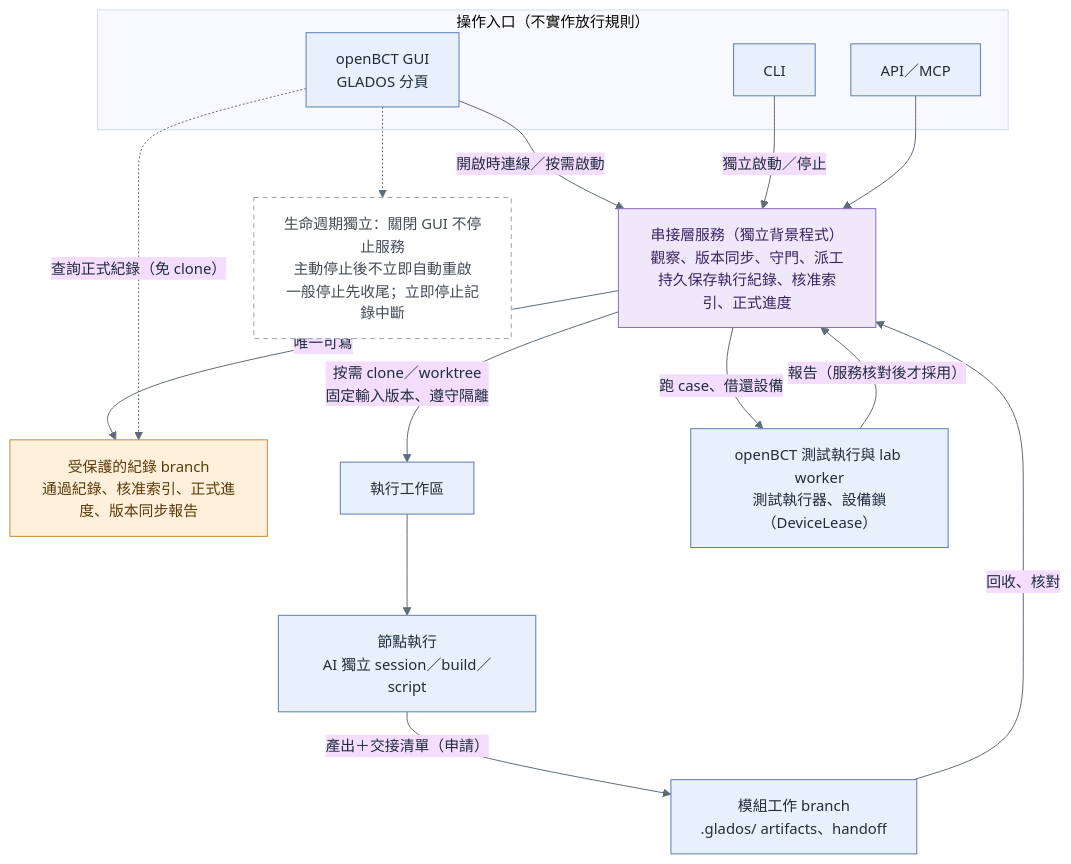
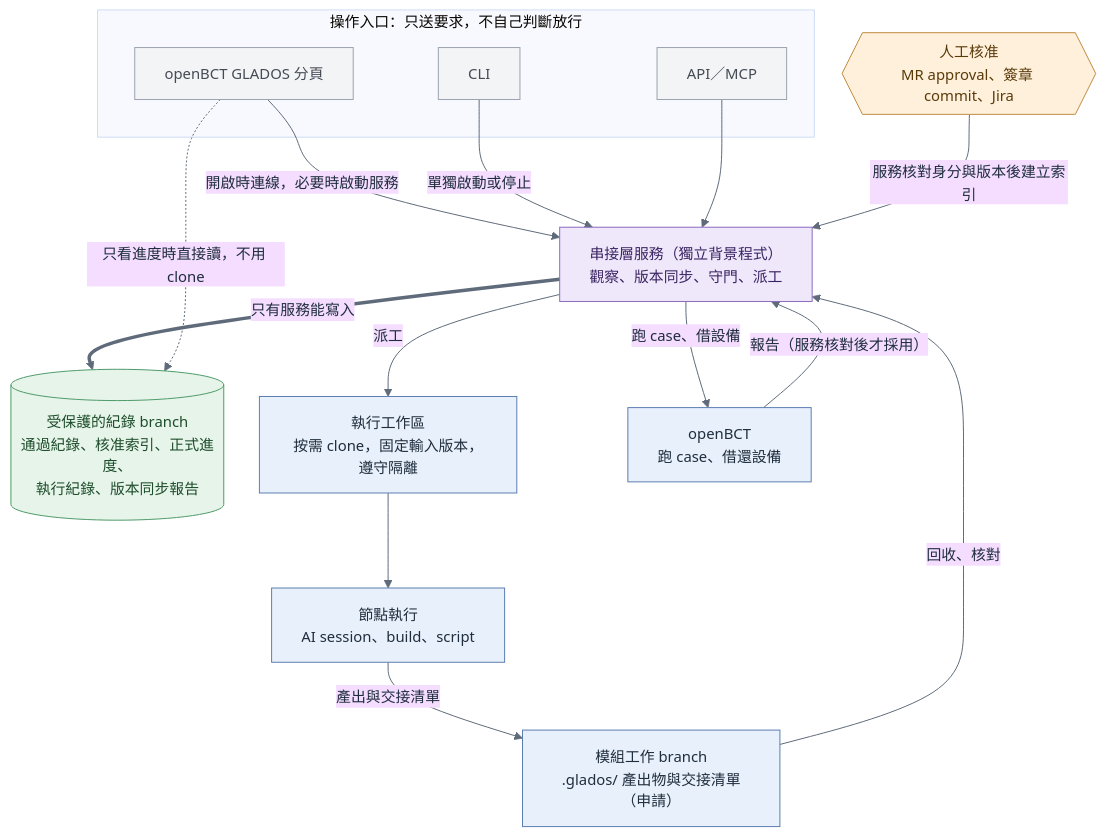
The diagram in diagrams/glados_service_architecture.mmd (kevintsou/glados), drawn with Mermaid before and after one commit. The commit also changed 16 other files, not shown here.

First line of the commit message:
docs: redraw all GLADOS diagrams and align them with the spec text

```diff
--- a/diagrams/glados_service_architecture.mmd
+++ b/diagrams/glados_service_architecture.mmd
@@ -1,25 +1,29 @@
 %%{init: {"theme":"base","themeVariables":{"fontSize":"15px","lineColor":"#5F6B7A","primaryTextColor":"#1F2D3D"},"flowchart":{"curve":"basis","nodeSpacing":36,"rankSpacing":46,"htmlLabels":true}}}%%
 flowchart TD
-  subgraph ENTRY["操作入口（不實作放行規則）"]
-    GUI["openBCT GUI<br/>GLADOS 分頁"]:::exec
-    CLI["CLI"]:::exec
-    API["API／MCP"]:::exec
+  subgraph ENTRY["操作入口：只送要求，不自己判斷放行"]
+    GUI["openBCT GLADOS 分頁"]:::ext
+    CLI["CLI"]:::ext
+    API["API／MCP"]:::ext
   end
-  GUI -->|"開啟時連線／按需啟動"| SVC
-  CLI -->|"獨立啟動／停止"| SVC
+  SVC["串接層服務（獨立背景程式）<br/>觀察、版本同步、守門、派工"]:::route
+  REC[("受保護的紀錄 branch<br/>通過紀錄、核准索引、正式進度、<br/>執行紀錄、版本同步報告")]:::store
+  APPR{{"人工核准<br/>MR approval、簽章 commit、Jira"}}:::human
+  WS["執行工作區<br/>按需 clone，固定輸入版本，遵守隔離"]:::exec
+  NODE["節點執行<br/>AI session、build、script"]:::exec
+  BR["模組工作 branch<br/>.glados/ 產出物與交接清單（申請）"]:::exec
+  OB["openBCT<br/>跑 case、借還設備"]:::exec
+  GUI -->|"開啟時連線，必要時啟動服務"| SVC
+  CLI -->|"單獨啟動或停止"| SVC
   API --> SVC
-  SVC["串接層服務（獨立背景程式）<br/>觀察、版本同步、守門、派工<br/>持久保存執行紀錄、核准索引、正式進度"]:::route
-  SVC -->|"唯一可寫"| REC["受保護的紀錄 branch<br/>通過紀錄、核准索引、正式進度、版本同步報告"]:::human
-  SVC -->|"按需 clone／worktree<br/>固定輸入版本、遵守隔離"| WS["執行工作區"]:::exec
-  WS --> NODE["節點執行<br/>AI 獨立 session／build／script"]:::exec
-  NODE -->|"產出＋交接清單（申請）"| BR["模組工作 branch<br/>.glados/ artifacts、handoff"]:::exec
+  APPR -->|"服務核對身分與版本後建立索引"| SVC
+  SVC -->|"跑 case、借設備"| OB
+  OB -->|"報告（服務核對後才採用）"| SVC
+  SVC -->|"派工"| WS --> NODE -->|"產出與交接清單"| BR
   BR -->|"回收、核對"| SVC
-  SVC -->|"跑 case、借還設備"| OB["openBCT 測試執行與 lab worker<br/>測試執行器、設備鎖（DeviceLease）"]:::exec
-  OB -->|"報告（服務核對後才採用）"| SVC
-  GUI -. "查詢正式紀錄（免 clone）" .-> REC
-  LIFE["生命週期獨立：關閉 GUI 不停止服務<br/>主動停止後不立即自動重啟<br/>一般停止先收尾；立即停止記錄中斷"]:::note
-  GUI -.-> LIFE
+  SVC ==>|"只有服務能寫入"| REC
+  GUI -. "只看進度時直接讀，不用 clone" .-> REC
   classDef exec fill:#E8F0FB,stroke:#5B7DB1,color:#1F2D3D;
   classDef human fill:#FFF0DB,stroke:#C08A3E,color:#5A3B0A;
   classDef route fill:#EFE7FA,stroke:#8A6BBE,color:#3A2463;
-  classDef note fill:#FFFFFF,stroke:#9AA3AE,stroke-dasharray:5 4,color:#444B55;
+  classDef store fill:#E6F4EA,stroke:#4E9A6A,color:#1E4D2B;
+  classDef ext fill:#F3F4F6,stroke:#9AA3AE,color:#444B55;
```
